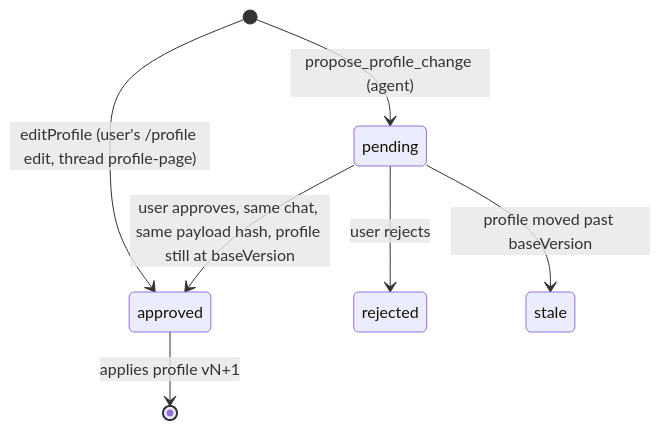
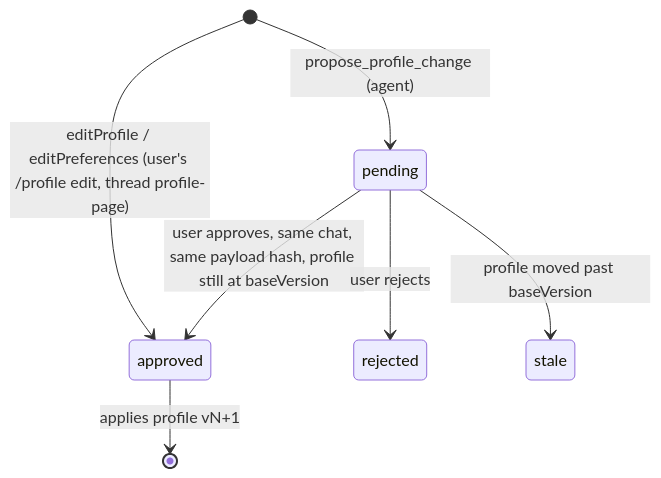
One commit to pppdns/job-agent-mastra changed the diagram in packages/db/AGENTS.md. Above: the diagram before and after it, drawn with Mermaid. The commit also changed other lines of this file and 37 other files, not shown here.

Commit message:
Add structured preferences to the profile; the screen reads them instead of search settings

````diff
--- a/packages/db/AGENTS.md
+++ b/packages/db/AGENTS.md
@@ -52,9 +52,9 @@
 ```mermaid
 stateDiagram-v2
   [*] --> pending: propose_profile_change (agent)
   pending --> approved: user approves, same chat, same payload hash, profile still at baseVersion
   pending --> rejected: user rejects
   pending --> stale: profile moved past baseVersion
   approved --> [*]: applies profile vN+1
-  [*] --> approved: editProfile (user's /profile edit, thread profile-page)
+  [*] --> approved: editProfile / editPreferences (user's /profile edit, thread profile-page)
 ```
````
